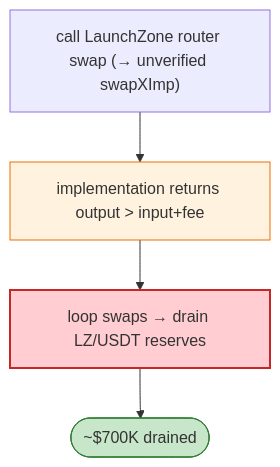
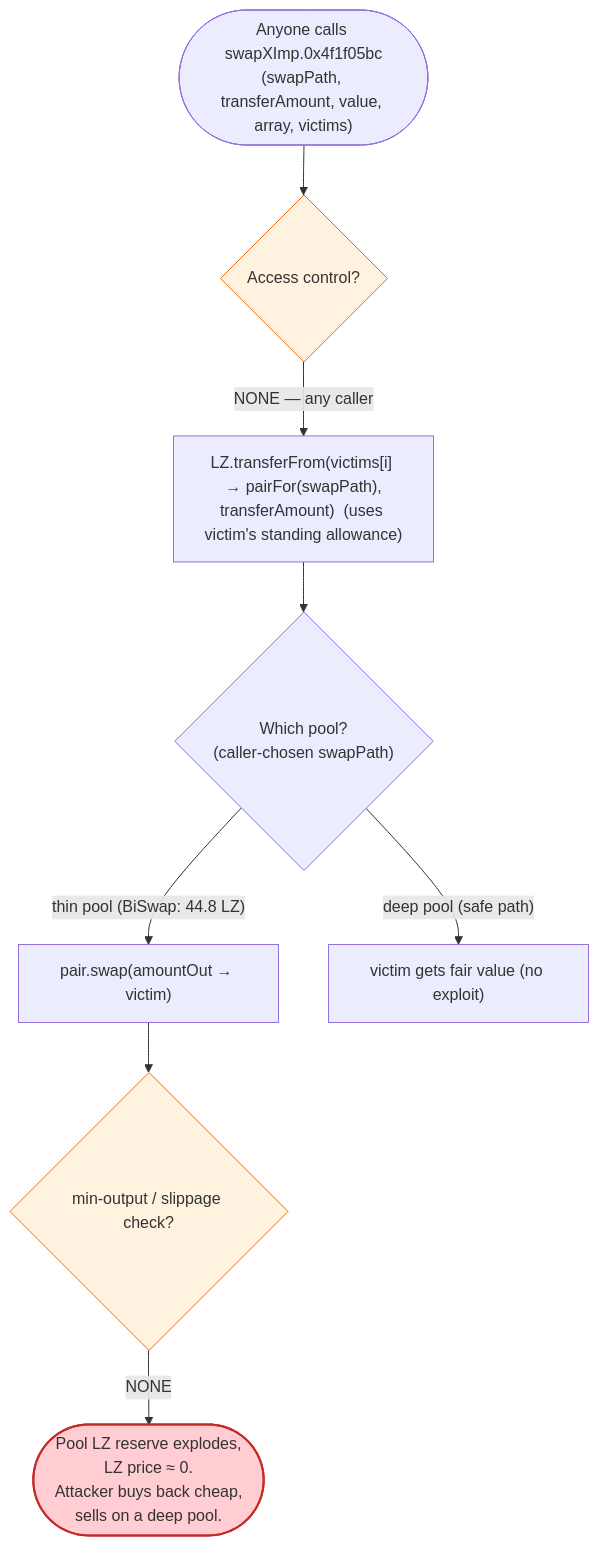
One commit to sanbir/evm-hack-registry changed the third of 3 diagrams in 2023-02-LaunchZone_exp/LaunchZone_exp.md. Above: the diagram before and after it, drawn with Mermaid. The commit also changed other lines of this file and 52 other files, not shown here.

````diff
--- a/2023-02-LaunchZone_exp/LaunchZone_exp.md
+++ b/2023-02-LaunchZone_exp/LaunchZone_exp.md
@@ -41,10 +322,14 @@
 ```mermaid
 flowchart TD
-    A["call LaunchZone router swap (→ unverified swapXImp)"] --> M["implementation returns output > input+fee"]
-    M --> L["loop swaps → drain LZ/USDT reserves"]
-    L --> OUT(["~$700K drained"])
+    Start(["Anyone calls swapXImp.0x4f1f05bc<br/>(swapPath, transferAmount, value, array, victims)"]) --> AC{"Access control?"}
+    AC -- "NONE — any caller" --> Pull["LZ.transferFrom(victims[i] → pairFor(swapPath),<br/>transferAmount)  (uses victim's standing allowance)"]
+    Pull --> Pool{"Which pool?<br/>(caller-chosen swapPath)"}
+    Pool -- "thin pool (BiSwap: 44.8 LZ)" --> Swap["pair.swap(amountOut → victim)"]
+    Swap --> Bound{"min-output / slippage check?"}
+    Bound -- "NONE" --> Crash(["Pool LZ reserve explodes,<br/>LZ price ≈ 0.<br/>Attacker buys back cheap,<br/>sells on a deep pool."])
+    Pool -- "deep pool (safe path)" --> Safe["victim gets fair value (no exploit)"]
 
-    style M fill:#fff3e0,stroke:#ef6c00
-    style L fill:#ffcdd2,stroke:#c62828,stroke-width:2px
-    style OUT fill:#c8e6c9,stroke:#2e7d32
+    style AC fill:#fff3e0,stroke:#ef6c00
+    style Bound fill:#fff3e0,stroke:#ef6c00
+    style Crash fill:#ffcdd2,stroke:#c62828,stroke-width:2px
 ```
````
